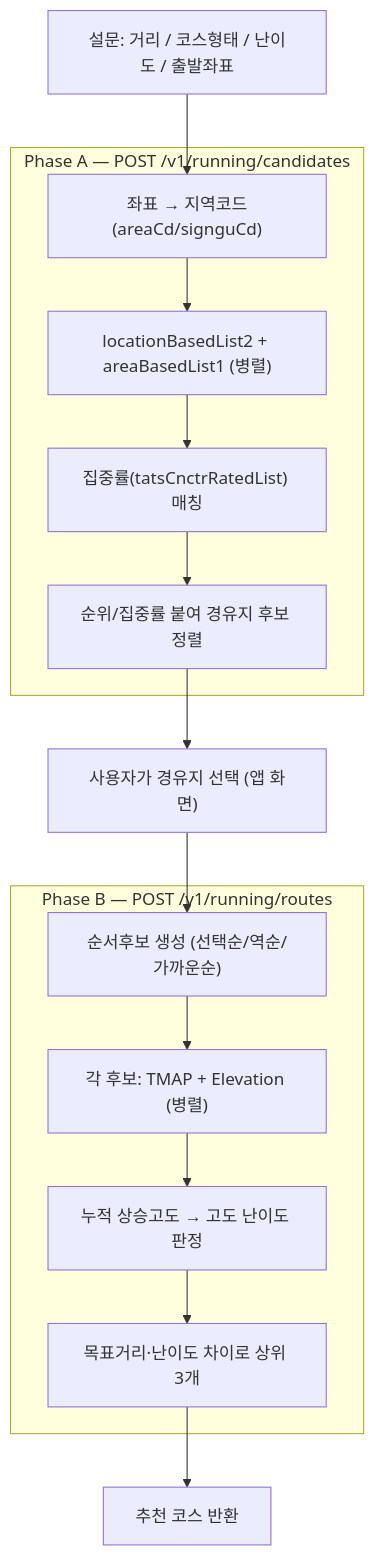
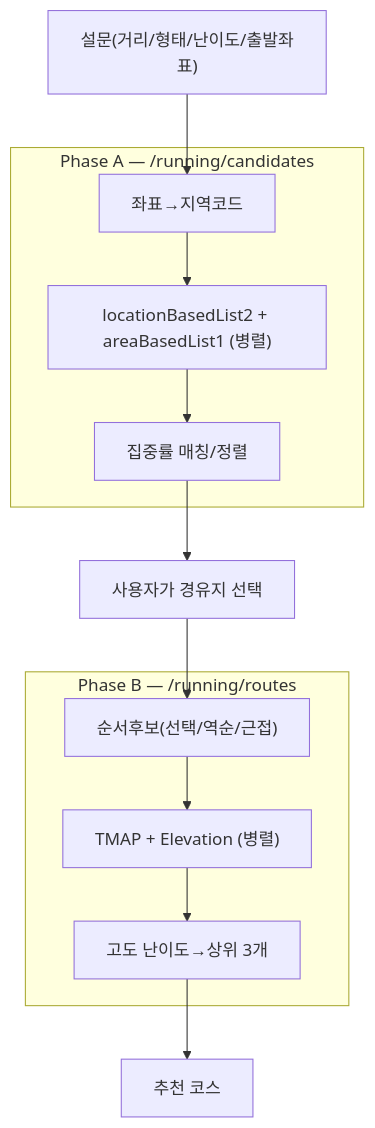
One commit to squarekimbap/backend changed the second of 2 diagrams in README.md. Above: the diagram before and after it, drawn with Mermaid. The commit also changed other lines of this file and 1 other file, not shown here.

````diff
--- a/README.md
+++ b/README.md
@@ -108,21 +106,13 @@
 ```mermaid
 flowchart TD
-    S["설문: 거리 / 코스형태 / 난이도 / 출발좌표"] --> A
-
-    subgraph PhaseA["Phase A — POST /v1/running/candidates"]
-      A["좌표 → 지역코드(areaCd/signguCd)"] --> B["locationBasedList2 + areaBasedList1 (병렬)"]
-      B --> C["집중률(tatsCnctrRatedList) 매칭"]
-      C --> D["순위/집중률 붙여 경유지 후보 정렬"]
+    S["설문(거리/형태/난이도/출발좌표)"] --> A
+    subgraph A_["Phase A — /running/candidates"]
+      A["좌표→지역코드"] --> B["locationBasedList2 + areaBasedList1 (병렬)"] --> C["집중률 매칭/정렬"]
     end
-
-    D --> U["사용자가 경유지 선택 (앱 화면)"]
+    C --> U["사용자가 경유지 선택"]
     U --> E
-
-    subgraph PhaseB["Phase B — POST /v1/running/routes"]
-      E["순서후보 생성 (선택순/역순/가까운순)"] --> F["각 후보: TMAP + Elevation (병렬)"]
-      F --> G["누적 상승고도 → 고도 난이도 판정"]
-      G --> H["목표거리·난이도 차이로 상위 3개"]
+    subgraph B_["Phase B — /running/routes"]
+      E["순서후보(선택/역순/근접)"] --> F["TMAP + Elevation (병렬)"] --> G["고도 난이도→상위 3개"]
     end
-
-    H --> R["추천 코스 반환"]
+    G --> R["추천 코스"]
 ```
````
